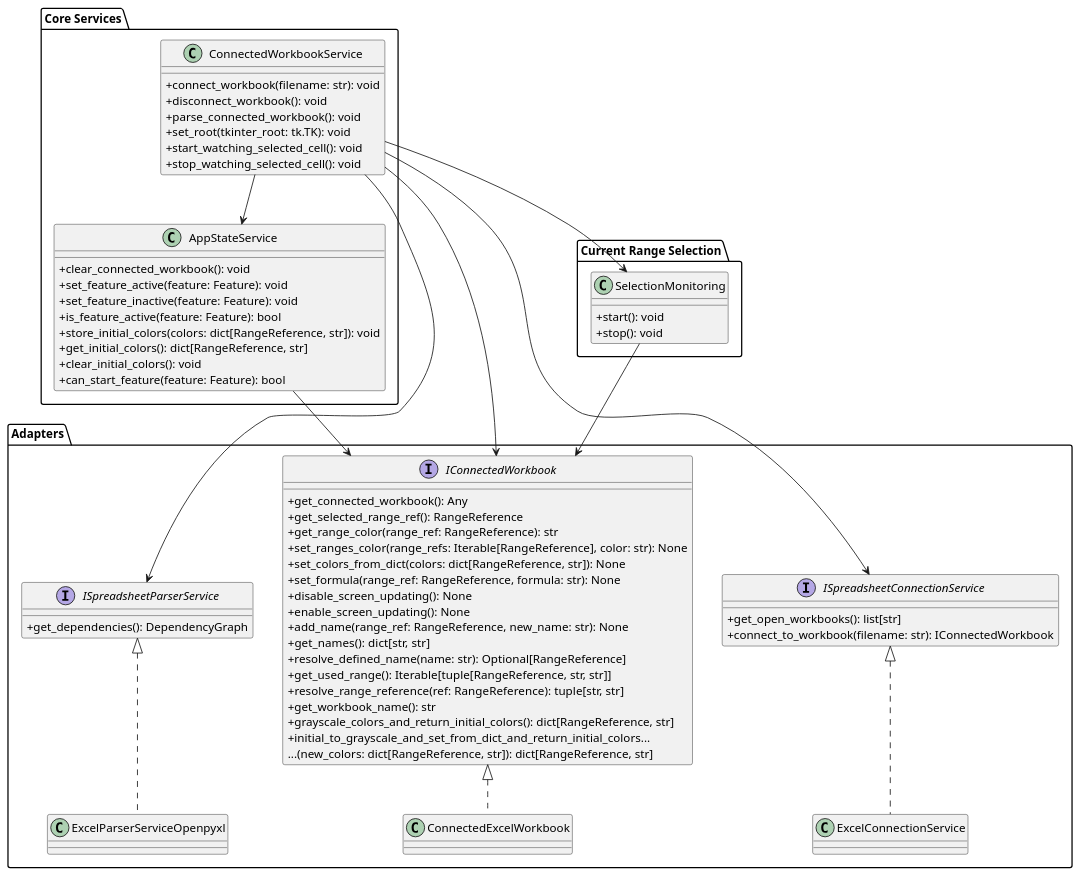
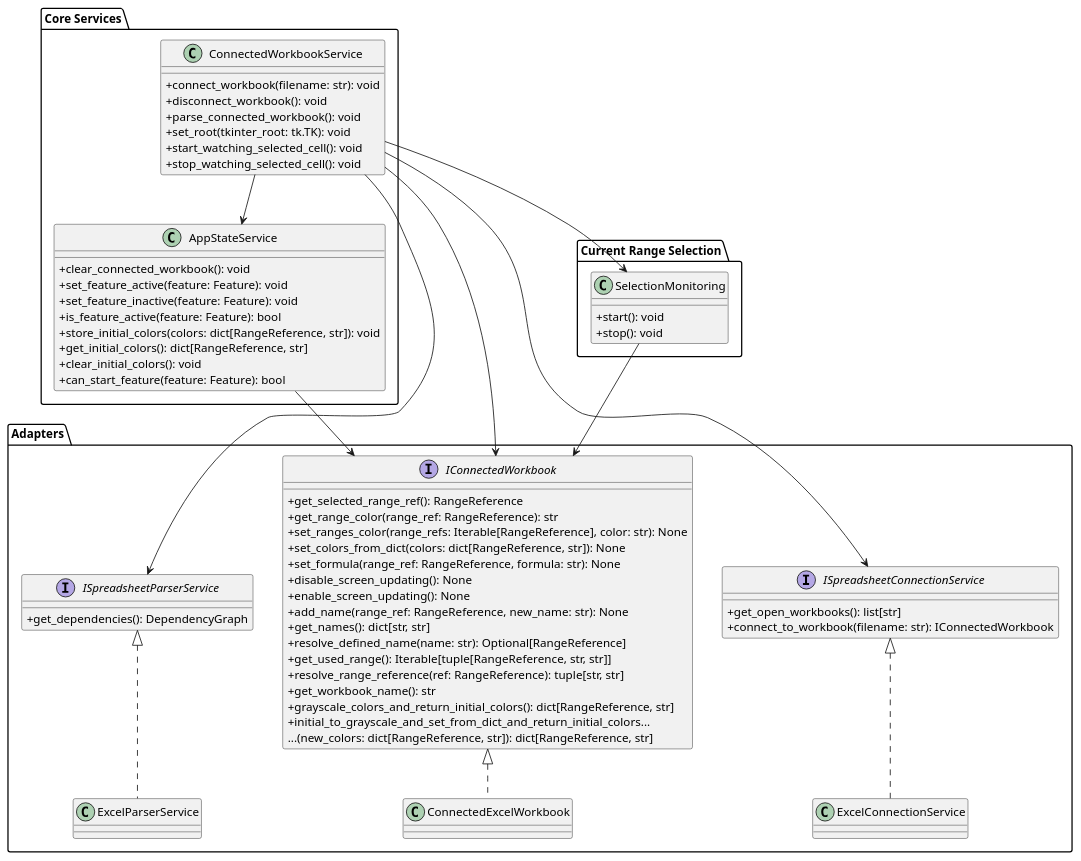
One commit to ByeByeExcel/SpreadsheetExplorer changed the diagram in diagrams/plantuml/architecture/class_diagram_core-services_adapters.puml. Above: the diagram before and after it, drawn with PlantUML.

Commit message:
* adjust diagram

```diff
--- a/diagrams/plantuml/architecture/class_diagram_core-services_adapters.puml
+++ b/diagrams/plantuml/architecture/class_diagram_core-services_adapters.puml
@@ -1,84 +1,83 @@
 @startuml
 skinparam classAttributeIconSize 0
 top to bottom direction
 
 ' === ADAPTERS PACKAGE ===
 package "Adapters" {
 interface IConnectedWorkbook {
-    + get_connected_workbook(): Any
     + get_selected_range_ref(): RangeReference
     + get_range_color(range_ref: RangeReference): str
     + set_ranges_color(range_refs: Iterable[RangeReference], color: str): None
     + set_colors_from_dict(colors: dict[RangeReference, str]): None
     + set_formula(range_ref: RangeReference, formula: str): None
     + disable_screen_updating(): None
     + enable_screen_updating(): None
     + add_name(range_ref: RangeReference, new_name: str): None
     + get_names(): dict[str, str]
     + resolve_defined_name(name: str): Optional[RangeReference]
     + get_used_range(): Iterable[tuple[RangeReference, str, str]]
     + resolve_range_reference(ref: RangeReference): tuple[str, str]
     + get_workbook_name(): str
     + grayscale_colors_and_return_initial_colors(): dict[RangeReference, str]
     + initial_to_grayscale_and_set_from_dict_and_return_initial_colors...\n...(new_colors: dict[RangeReference, str]): dict[RangeReference, str]
     }
 
     interface ISpreadsheetParserService {
         + get_dependencies(): DependencyGraph
     }
 
     interface ISpreadsheetConnectionService {
         + get_open_workbooks(): list[str]
         + connect_to_workbook(filename: str): IConnectedWorkbook
     }
 
     class ConnectedExcelWorkbook
-    class ExcelParserServiceOpenpyxl
+    class ExcelParserService
     class ExcelConnectionService
 
     ConnectedExcelWorkbook .up.|> IConnectedWorkbook
-    ExcelParserServiceOpenpyxl .up.|> ISpreadsheetParserService
+    ExcelParserService .up.|> ISpreadsheetParserService
     ExcelConnectionService .up.|> ISpreadsheetConnectionService
 }
 
 ' === SERVICES PACKAGE ===
 package "Core Services" {
     class ConnectedWorkbookService {
         + connect_workbook(filename: str): void
         + disconnect_workbook(): void
         + parse_connected_workbook(): void
         + set_root(tkinter_root: tk.TK): void
         + start_watching_selected_cell(): void
         + stop_watching_selected_cell(): void
     }
 
     class AppStateService {
         + clear_connected_workbook(): void
         + set_feature_active(feature: Feature): void
         + set_feature_inactive(feature: Feature): void
         + is_feature_active(feature: Feature): bool
         + store_initial_colors(colors: dict[RangeReference, str]): void
         + get_initial_colors(): dict[RangeReference, str]
         + clear_initial_colors(): void
         + can_start_feature(feature: Feature): bool
     }
 
     ConnectedWorkbookService --> AppStateService
 
 }
 
 package "Current Range Selection"{
     class SelectionMonitoring {
         + start(): void
         + stop(): void
     }
 }
 
 SelectionMonitoring --> IConnectedWorkbook
 AppStateService --> IConnectedWorkbook
 ConnectedWorkbookService --> IConnectedWorkbook
 ConnectedWorkbookService --> ISpreadsheetParserService
 ConnectedWorkbookService --> ISpreadsheetConnectionService
 ConnectedWorkbookService --> SelectionMonitoring
 
 @enduml
```
